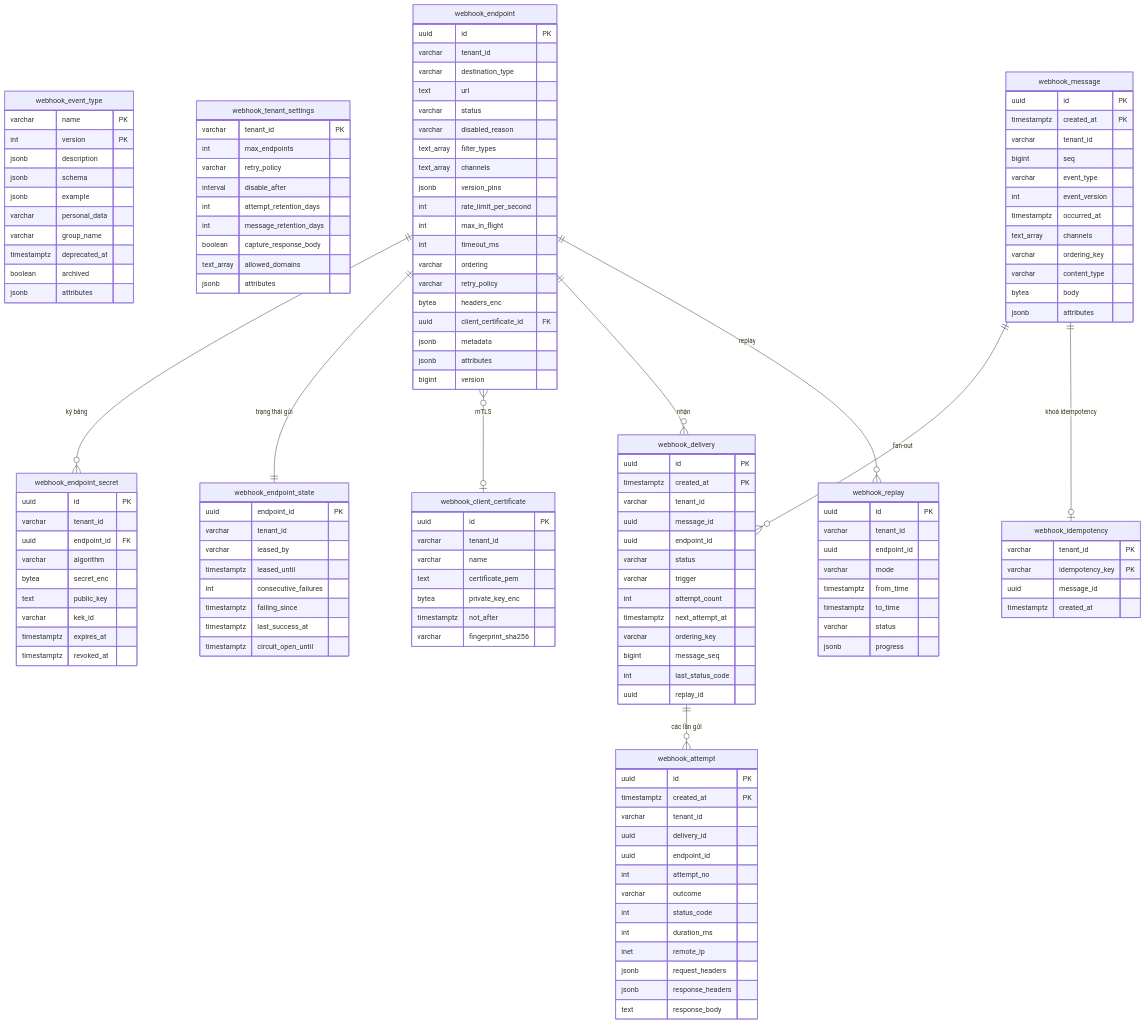
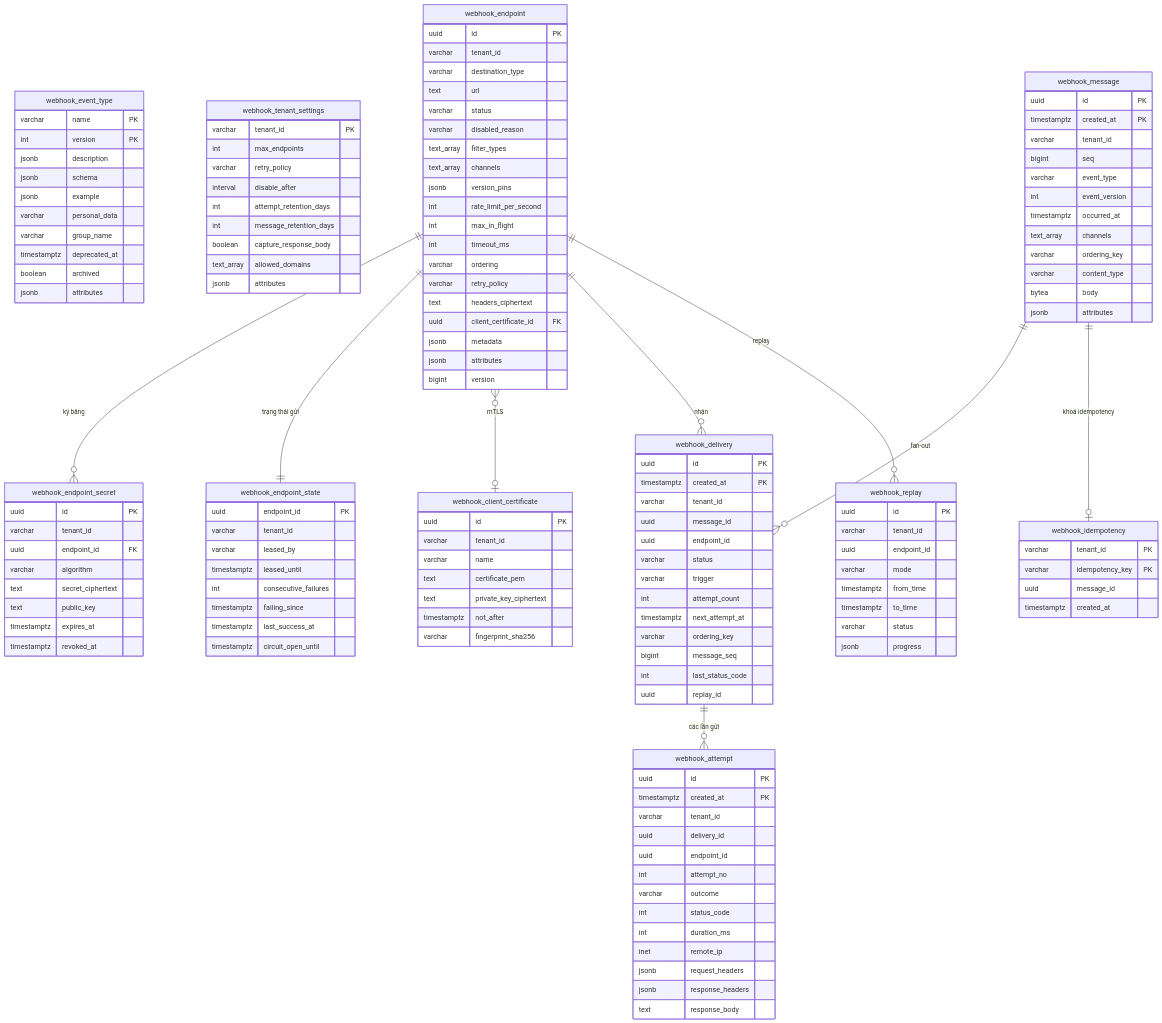
One commit to vyforge/.github changed the seventh of 9 diagrams in docs/design/webhooks.md. Above: the diagram before and after it, drawn with Mermaid. The commit also changed other lines of this file, not shown here.

Commit message:
docs(design): align webhooks design with shared P1 foundation (SecretCipher, StarterSchemaMigrator)

```diff
--- a/docs/design/webhooks.md
+++ b/docs/design/webhooks.md
@@ -548,7 +555,7 @@
     int timeout_ms
     varchar ordering
     varchar retry_policy
-    bytea headers_enc
+    text headers_ciphertext
     uuid client_certificate_id FK
     jsonb metadata
     jsonb attributes
@@ -559,9 +566,8 @@
     varchar tenant_id
     uuid endpoint_id FK
     varchar algorithm
-    bytea secret_enc
+    text secret_ciphertext
     text public_key
-    varchar kek_id
     timestamptz expires_at
     timestamptz revoked_at
   }
@@ -580,7 +586,7 @@
     varchar tenant_id
     varchar name
     text certificate_pem
-    bytea private_key_enc
+    text private_key_ciphertext
     timestamptz not_after
     varchar fingerprint_sha256
   }
```
